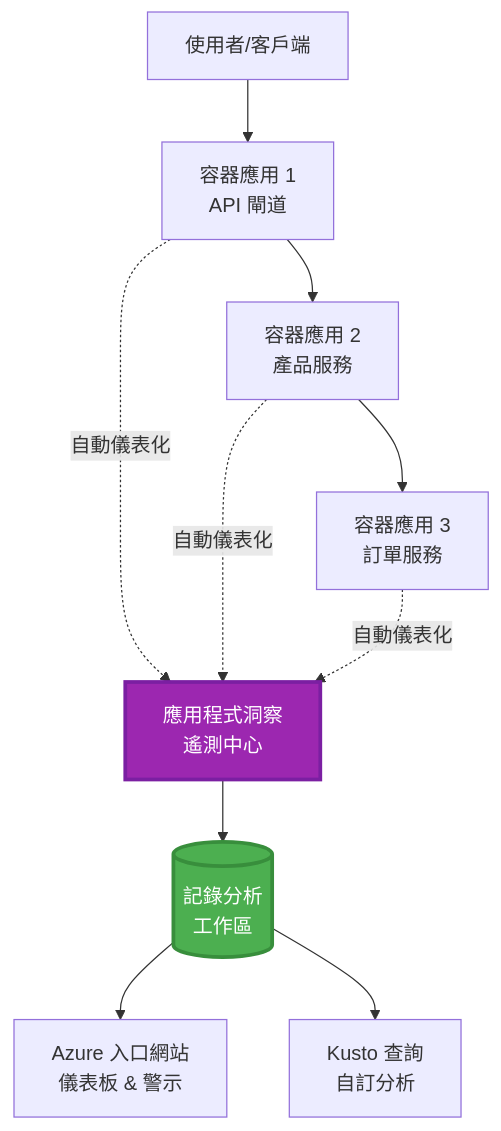
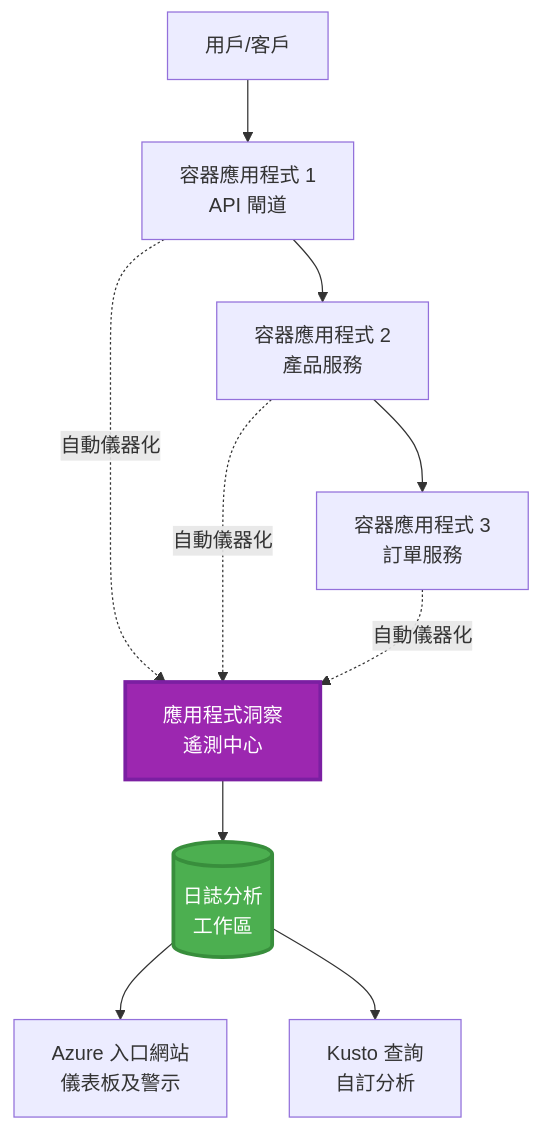
Before and after one commit to microsoft/AZD-for-beginners: the first of 2 diagrams in translations/zh-HK/docs/chapter-06-pre-deployment/application-insights.md, drawn with Mermaid. The commit also changed other lines of this file and 101 other files, not shown here.

````diff
--- a/translations/zh-HK/docs/chapter-06-pre-deployment/application-insights.md
+++ b/translations/zh-HK/docs/chapter-06-pre-deployment/application-insights.md
@@ -58,28 +58,28 @@
 ```mermaid
 graph TB
-    User[使用者/客戶端]
-    App1[容器應用 1<br/>API 閘道]
-    App2[容器應用 2<br/>產品服務]
-    App3[容器應用 3<br/>訂單服務]
+    User[用戶/客戶]
+    App1[容器應用程式 1<br/>API 閘道]
+    App2[容器應用程式 2<br/>產品服務]
+    App3[容器應用程式 3<br/>訂單服務]
     
     AppInsights[應用程式洞察<br/>遙測中心]
-    LogAnalytics[(記錄分析<br/>工作區)]
+    LogAnalytics[(日誌分析<br/>工作區)]
     
-    Portal[Azure 入口網站<br/>儀表板 & 警示]
+    Portal[Azure 入口網站<br/>儀表板及警示]
     Query[Kusto 查詢<br/>自訂分析]
     
     User --> App1
     App1 --> App2
     App2 --> App3
     
-    App1 -.->|自動儀表化| AppInsights
-    App2 -.->|自動儀表化| AppInsights
-    App3 -.->|自動儀表化| AppInsights
+    App1 -.->|自動儀器化| AppInsights
+    App2 -.->|自動儀器化| AppInsights
+    App3 -.->|自動儀器化| AppInsights
     
     AppInsights --> LogAnalytics
     LogAnalytics --> Portal
     LogAnalytics --> Query
     
     style AppInsights fill:#9C27B0,stroke:#7B1FA2,stroke-width:3px,color:#fff
     style LogAnalytics fill:#4CAF50,stroke:#388E3C,stroke-width:3px,color:#fff
 ```
````
